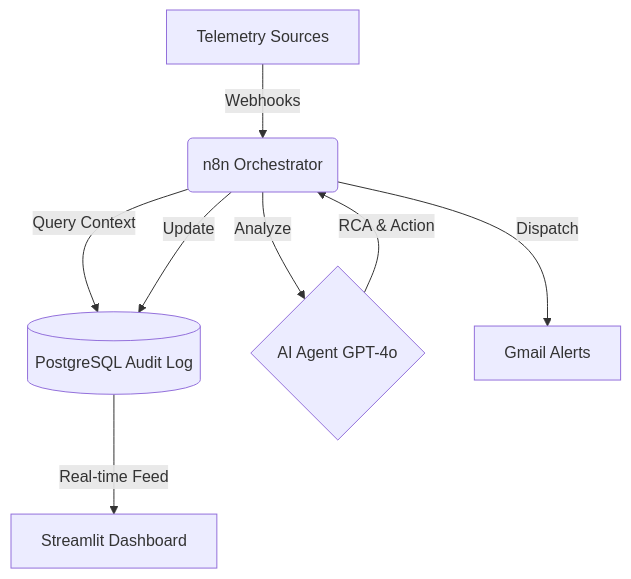
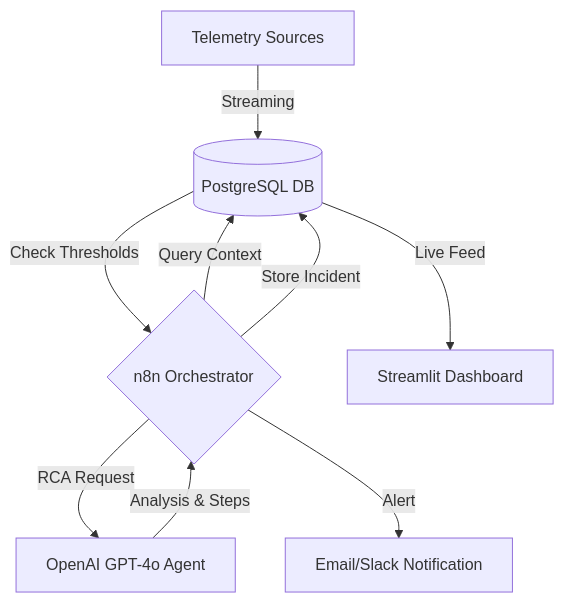
One commit to Daniel-jcVv/DataCenter-AI-Monitor changed the diagram in README.md. Above: the diagram before and after it, drawn with Mermaid. The commit also changed other lines of this file, not shown here.

````diff
--- a/README.md
+++ b/README.md
@@ -33,10 +38,11 @@
 ```mermaid
 graph TD
-    A[Telemetry Sources] -->|Webhooks| B(n8n Orchestrator)
-    B -->|Query Context| C[(PostgreSQL Audit Log)]
-    B -->|Analyze| D{AI Agent GPT-4o}
-    D -->|RCA & Action| B
-    B -->|Dispatch| E[Gmail Alerts]
-    B -->|Update| C
-    C -->|Real-time Feed| F[Streamlit Dashboard]
+    A[Telemetry Sources] -->|Streaming| B[(PostgreSQL DB)]
+    B -->|Check Thresholds| C{n8n Orchestrator}
+    C -->|Query Context| B
+    C -->|RCA Request| D[OpenAI GPT-4o Agent]
+    D -->|Analysis & Steps| C
+    C -->|Store Incident| B
+    C -->|Alert| E[Email/Slack Notification]
+    B -->|Live Feed| F[Streamlit Dashboard]
 ```
````
